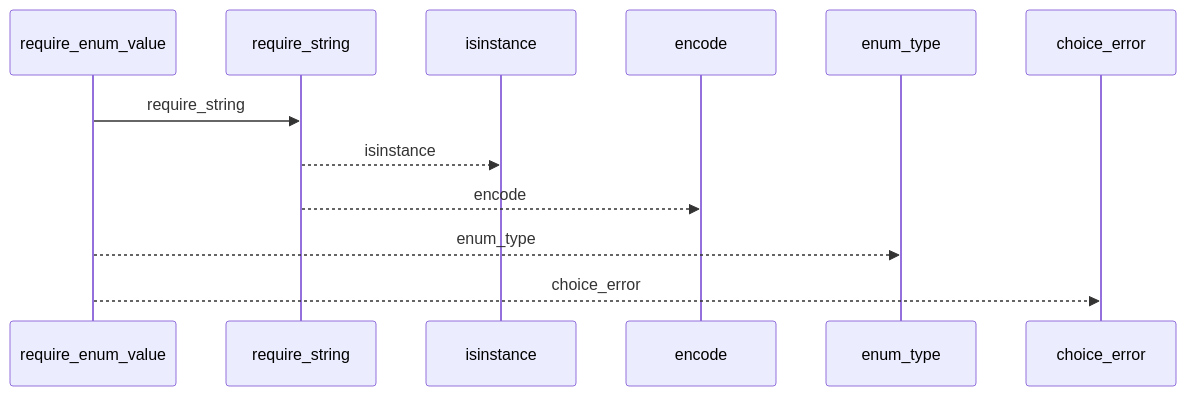
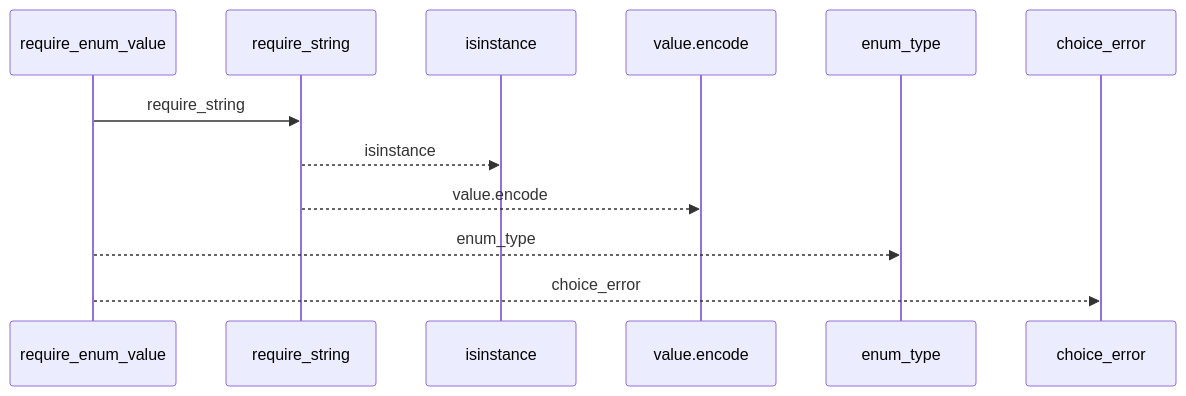
Before and after one commit to Denissvgn/python-wiki-llm: the first of 2 diagrams in docs/llm_wiki/flows/api-require_enum_value.md, drawn with Mermaid. The commit also changed other lines of this file and 719 other files, not shown here.

````diff
--- a/docs/llm_wiki/flows/api-require_enum_value.md
+++ b/docs/llm_wiki/flows/api-require_enum_value.md
@@ -10,14 +10,14 @@
 ```mermaid
 sequenceDiagram
     participant p0 as require_enum_value
     participant p1 as require_string
     participant p2 as isinstance
-    participant p3 as encode
+    participant p3 as value.encode
     participant p4 as enum_type
     participant p5 as choice_error
     p0->>p1: require_string
     p1-->>p2: isinstance
-    p1-->>p3: encode
+    p1-->>p3: value.encode
     p0-->>p4: enum_type
     p0-->>p5: choice_error
 ```
````
